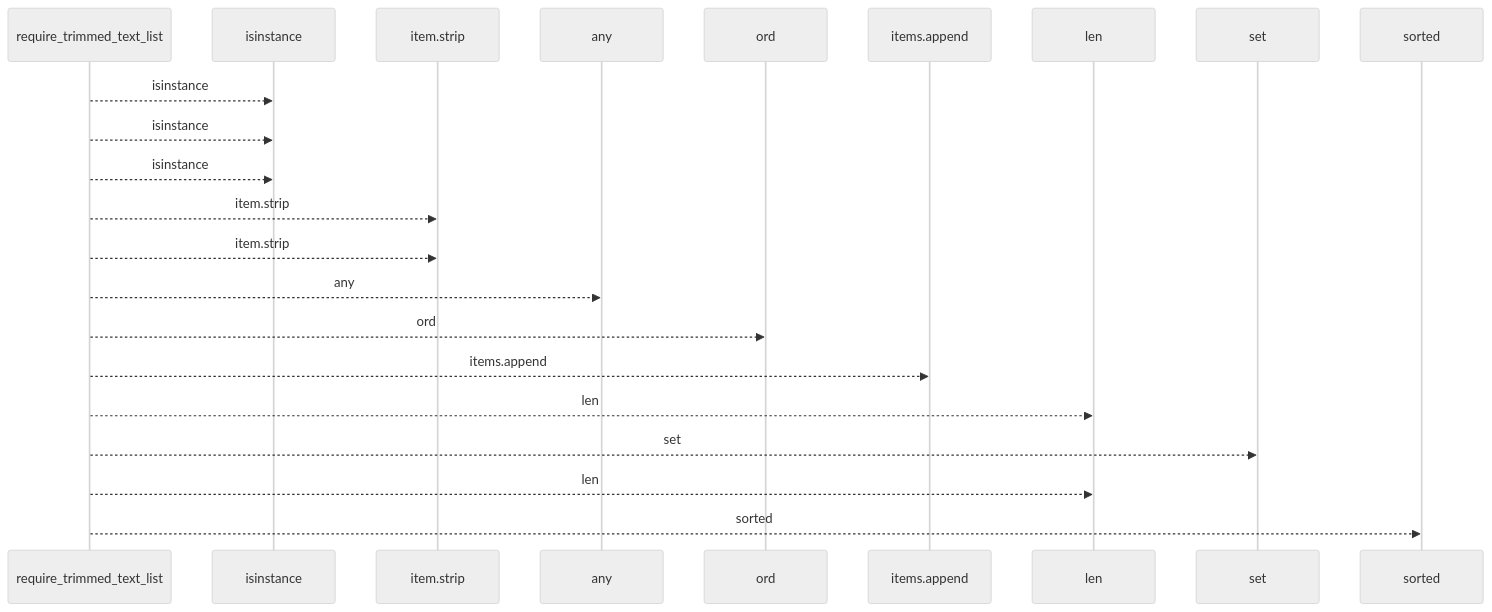
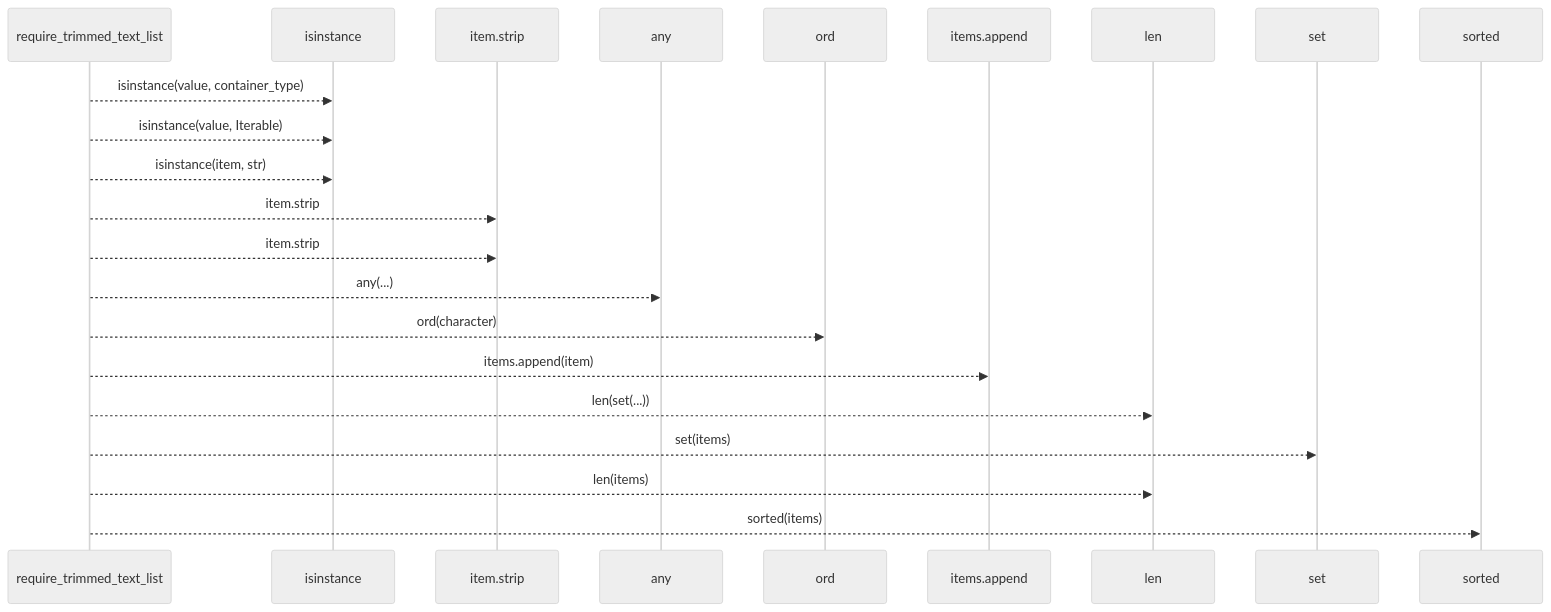
One commit to Denissvgn/python-wiki-llm changed the first of 2 diagrams in docs/llm_wiki/flows/api-require_trimmed_text_list.md. Above: the diagram before and after it, drawn with Mermaid (neutral theme). The commit also changed other lines of this file and 1410 other files, not shown here.

````diff
--- a/docs/llm_wiki/flows/api-require_trimmed_text_list.md
+++ b/docs/llm_wiki/flows/api-require_trimmed_text_list.md
@@ -10,24 +12,24 @@
 ```mermaid
 sequenceDiagram
     participant p0 as require_trimmed_text_list
     participant p1 as isinstance
     participant p2 as item.strip
     participant p3 as any
     participant p4 as ord
     participant p5 as items.append
     participant p6 as len
     participant p7 as set
     participant p8 as sorted
-    p0-->>p1: isinstance
-    p0-->>p1: isinstance
-    p0-->>p1: isinstance
+    p0-->>p1: isinstance(value, container_type)
+    p0-->>p1: isinstance(value, Iterable)
+    p0-->>p1: isinstance(item, str)
     p0-->>p2: item.strip
     p0-->>p2: item.strip
-    p0-->>p3: any
-    p0-->>p4: ord
-    p0-->>p5: items.append
-    p0-->>p6: len
-    p0-->>p7: set
-    p0-->>p6: len
-    p0-->>p8: sorted
+    p0-->>p3: any(...)
+    p0-->>p4: ord(character)
+    p0-->>p5: items.append(item)
+    p0-->>p6: len(set(...))
+    p0-->>p7: set(items)
+    p0-->>p6: len(items)
+    p0-->>p8: sorted(items)
 ```
````
